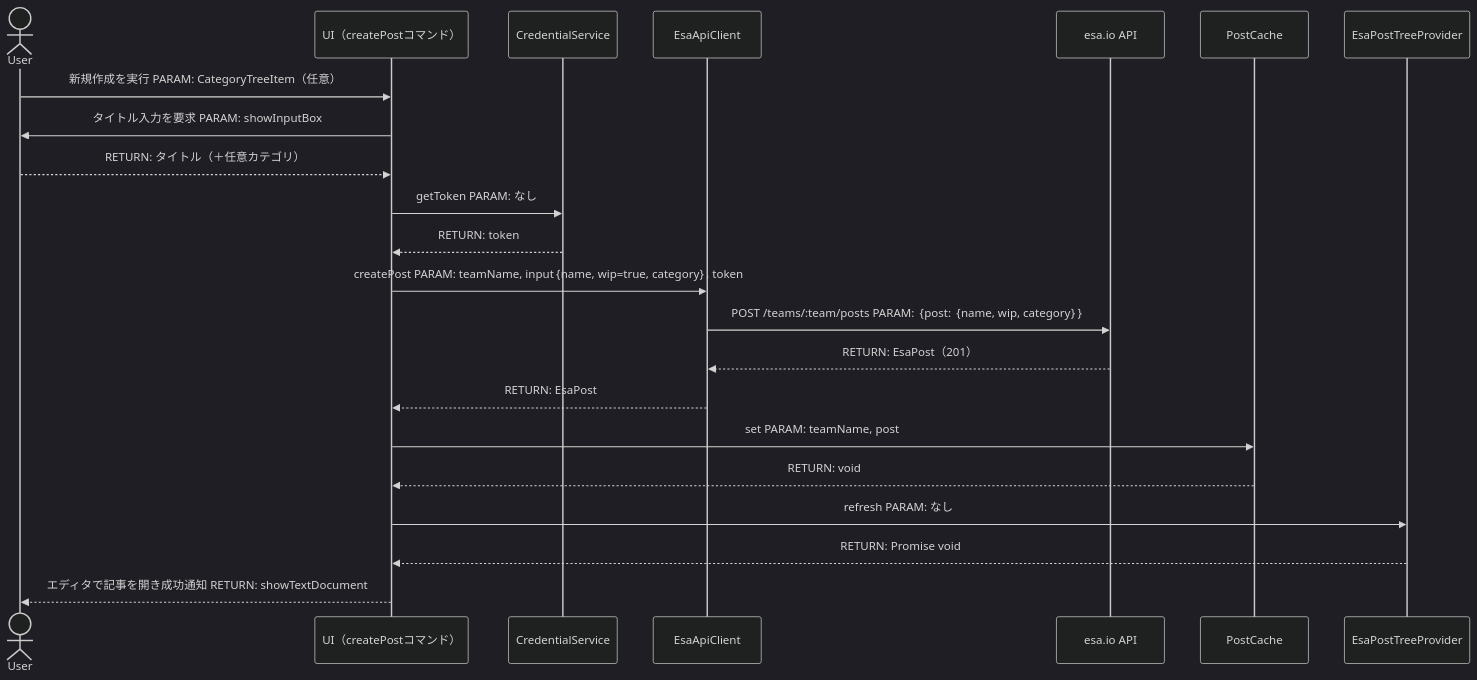
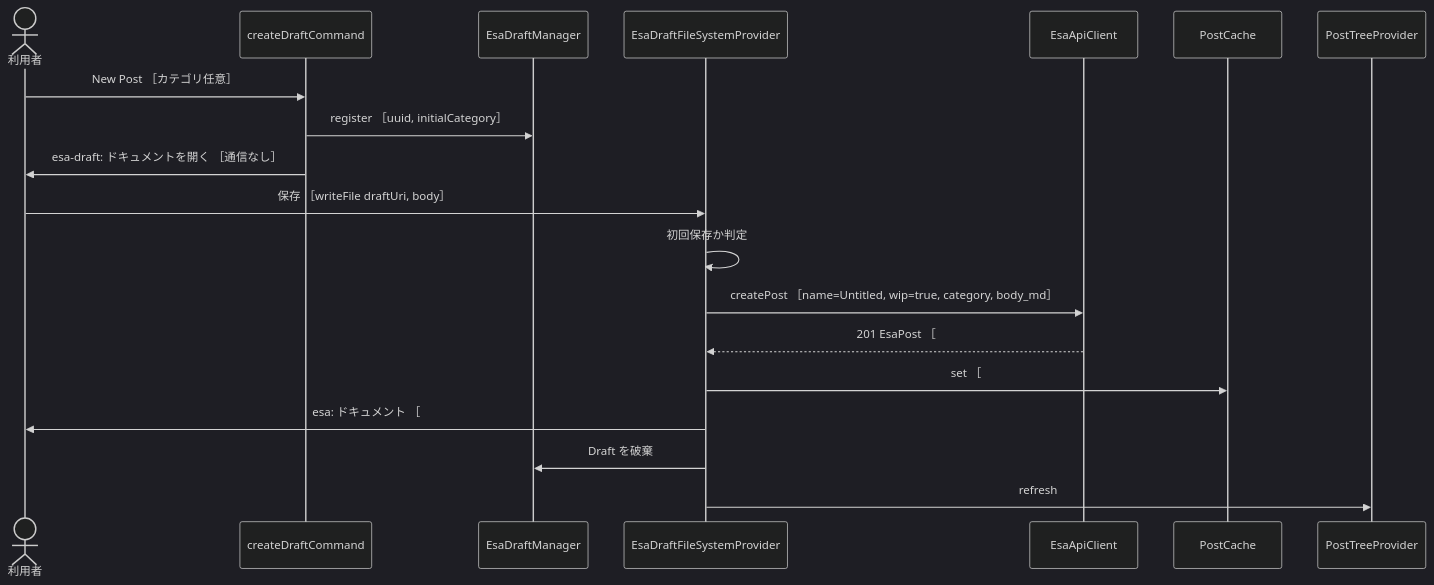
Before and after one commit to LevelCapCoJapanTools/vscode_esa_explorer: the first of 7 diagrams in .github/copilot/plans/3-create-post.md, drawn with Mermaid (dark theme). The commit also changed other lines of this file and 1 other file, not shown here.

````diff
--- a/.github/copilot/plans/3-create-post.md
+++ b/.github/copilot/plans/3-create-post.md
@@ -400,25 +151,22 @@
 ```mermaid
 sequenceDiagram
-  actor User
-  participant UI as UI（createPostコマンド）
-  participant Cred as CredentialService
-  participant ApiClient as EsaApiClient
-  participant EsaAPI as esa.io API
-  participant Cache as PostCache
-  participant Tree as EsaPostTreeProvider
+    actor User as 利用者
+    participant Cmd as createDraftCommand
+    participant Mgr as EsaDraftManager
+    participant DP as EsaDraftFileSystemProvider
+    participant Api as EsaApiClient
+    participant Cache as PostCache
+    participant Tree as PostTreeProvider
 
-  User->>UI: 新規作成を実行 PARAM: CategoryTreeItem（任意）
-  UI->>User: タイトル入力を要求 PARAM: showInputBox
-  User-->>UI: RETURN: タイトル（＋任意カテゴリ）
-  UI->>Cred: getToken PARAM: なし
-  Cred-->>UI: RETURN: token
-  UI->>ApiClient: createPost PARAM: teamName, input｛name, wip=true, category｝, token
-  ApiClient->>EsaAPI: POST /teams/:team/posts PARAM: ｛post: ｛name, wip, category｝｝
-  EsaAPI-->>ApiClient: RETURN: EsaPost（201）
-  ApiClient-->>UI: RETURN: EsaPost
-  UI->>Cache: set PARAM: teamName, post
-  Cache-->>UI: RETURN: void
-  UI->>Tree: refresh PARAM: なし
-  Tree-->>UI: RETURN: Promise void
-  UI-->>User: エディタで記事を開き成功通知 RETURN: showTextDocument
+    User->>Cmd: New Post ［カテゴリ任意］
+    Cmd->>Mgr: register ［uuid, initialCategory］
+    Cmd->>User: esa-draft: ドキュメントを開く ［通信なし］
+    User->>DP: 保存 ［writeFile draftUri, body］
+    DP->>DP: 初回保存か判定
+    DP->>Api: createPost ［name=Untitled, wip=true, category, body_md］
+    Api-->>DP: 201 EsaPost ［#N］
+    DP->>Cache: set ［#N］
+    DP->>User: esa: ドキュメント ［#N］を開く
+    DP->>Mgr: Draft を破棄
+    DP->>Tree: refresh
 ```
````
